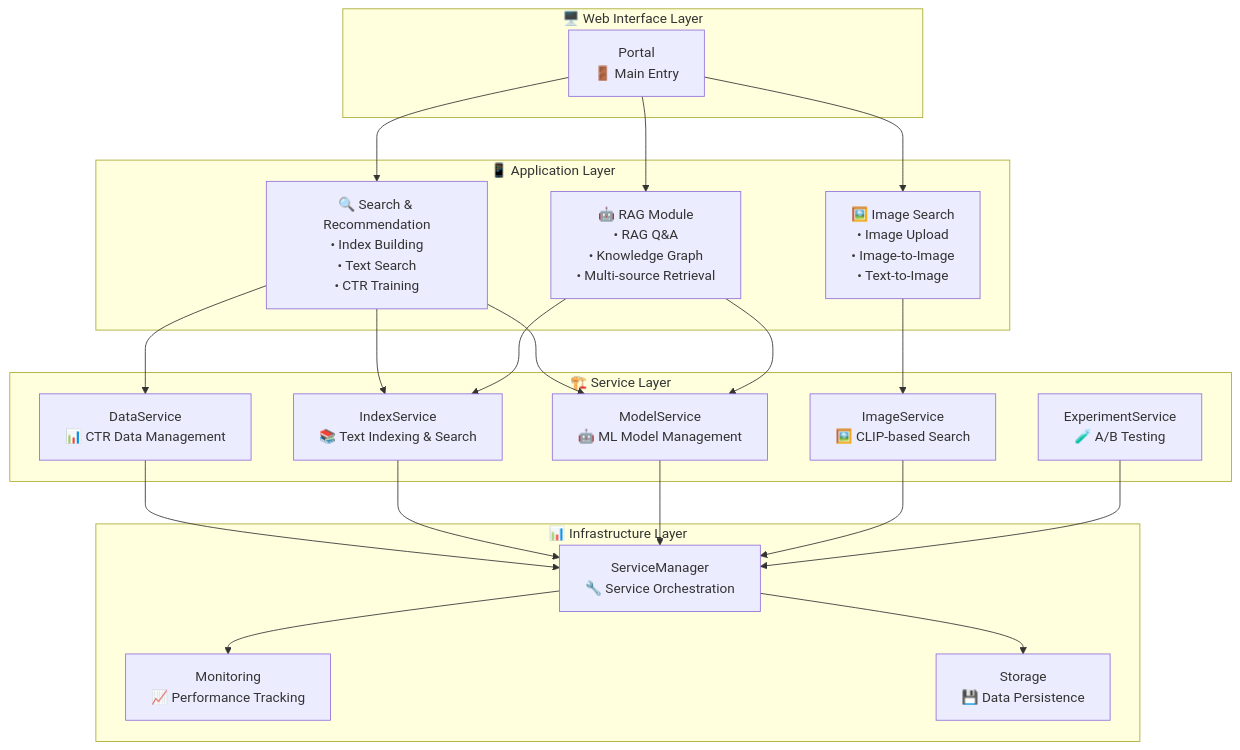
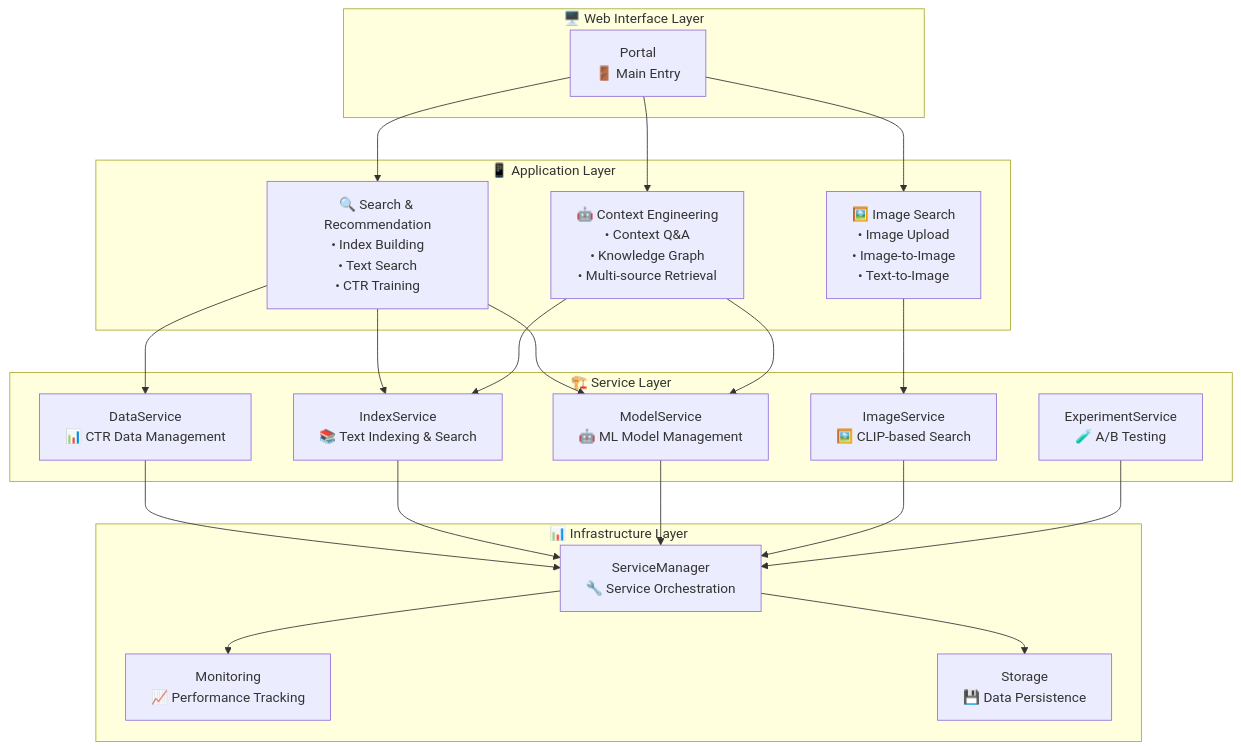
Before and after one commit to tylerelyt/test_bed: the first of 2 diagrams in README.md, drawn with Mermaid. The commit also changed other lines of this file and 12 other files, not shown here.

First line of the commit message:
docs: consolidate docs into three guides and rename to Context Engineering

````diff
--- a/README.md
+++ b/README.md
@@ -215,48 +210,48 @@
 ```mermaid
 graph TB
     subgraph "🖥️ Web Interface Layer"
         Portal["Portal<br/>🚪 Main Entry"]
     end
     
     subgraph "📱 Application Layer"
         SearchMod["🔍 Search & Recommendation<br/>• Index Building<br/>• Text Search<br/>• CTR Training"]
-        RAGMod["🤖 RAG Module<br/>• RAG Q&A<br/>• Knowledge Graph<br/>• Multi-source Retrieval"]
+        RAGMod["🤖 Context Engineering<br/>• Context Q&A<br/>• Knowledge Graph<br/>• Multi-source Retrieval"]
         ImageMod["🖼️ Image Search<br/>• Image Upload<br/>• Image-to-Image<br/>• Text-to-Image"]
     end
     
     subgraph "🏗️ Service Layer"
         DataSvc["DataService<br/>📊 CTR Data Management"]
         IndexSvc["IndexService<br/>📚 Text Indexing & Search"]
         ModelSvc["ModelService<br/>🤖 ML Model Management"]
         ImageSvc["ImageService<br/>🖼️ CLIP-based Search"]
         ExpSvc["ExperimentService<br/>🧪 A/B Testing"]
     end
     
     subgraph "📊 Infrastructure Layer"
         Monitor["Monitoring<br/>📈 Performance Tracking"]
         Storage["Storage<br/>💾 Data Persistence"]
         ServiceMgr["ServiceManager<br/>🔧 Service Orchestration"]
     end
     
     Portal --> SearchMod
     Portal --> RAGMod
     Portal --> ImageMod
     
     SearchMod --> DataSvc
     SearchMod --> IndexSvc
     SearchMod --> ModelSvc
     
     RAGMod --> IndexSvc
     RAGMod --> ModelSvc
     
     ImageMod --> ImageSvc
     
     DataSvc --> ServiceMgr
     IndexSvc --> ServiceMgr
     ModelSvc --> ServiceMgr
     ImageSvc --> ServiceMgr
     ExpSvc --> ServiceMgr
     
     ServiceMgr --> Monitor
     ServiceMgr --> Storage
 ```
````
